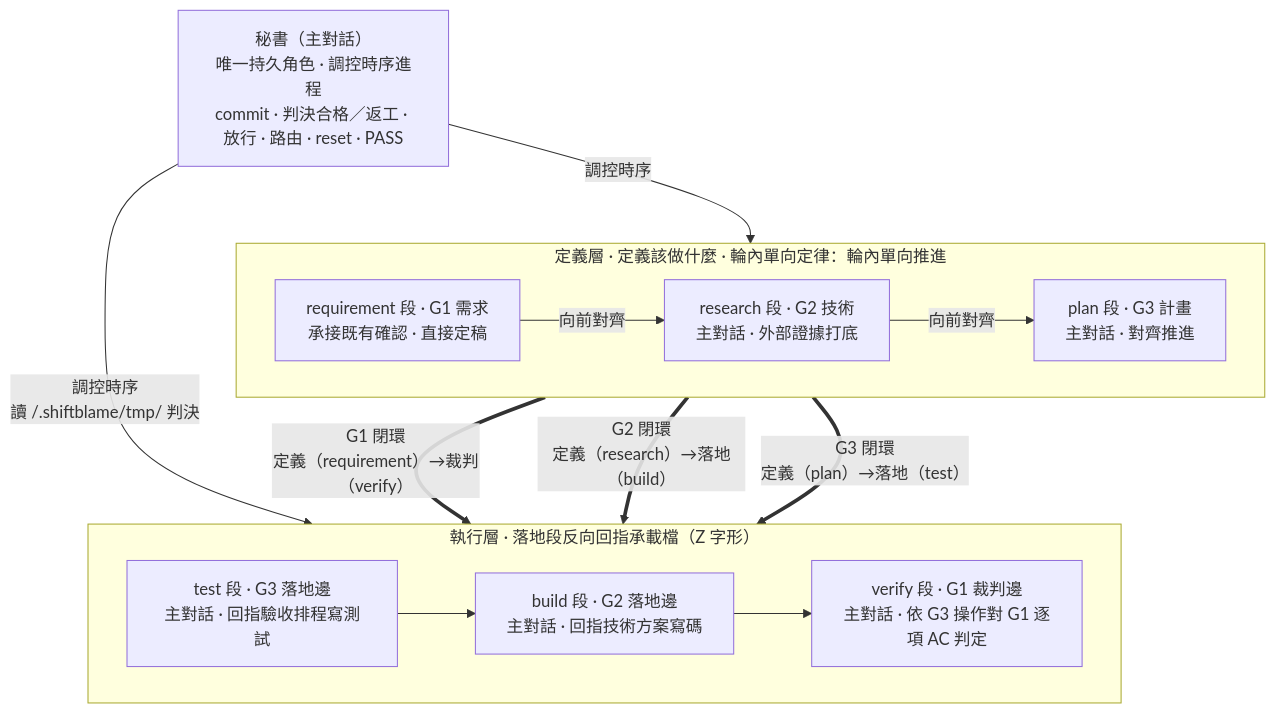
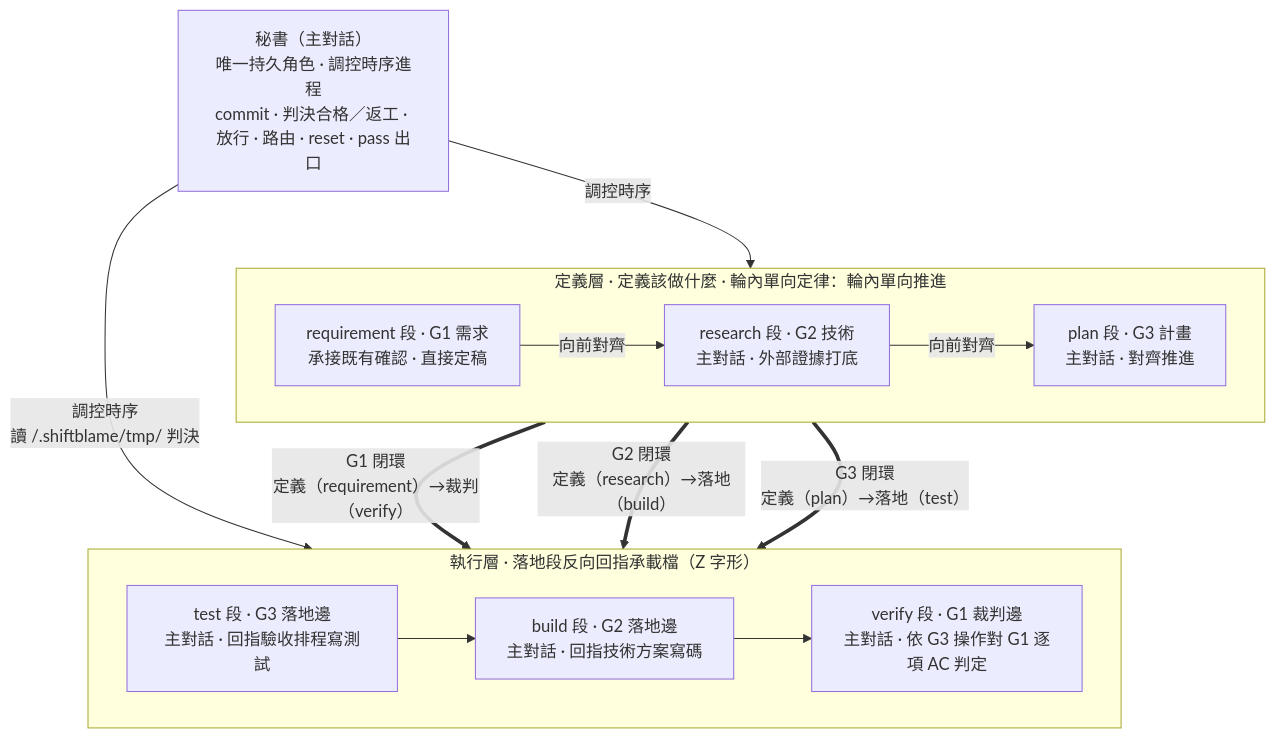
The fourth of 8 diagrams in skills/shiftblame/SKILL.md (teps3105/shiftblame), drawn with Mermaid before and after one commit. The commit also changed other lines of this file and 24 other files, not shown here.

````diff
--- a/skills/shiftblame/SKILL.md
+++ b/skills/shiftblame/SKILL.md
@@ -285,19 +294,19 @@
 ```mermaid
 flowchart TB
-    SEC["秘書（主對話）<br/>唯一持久角色 · 調控時序進程<br/>commit · 判決合格／返工 · 放行 · 路由 · reset · PASS"]
+    SEC["秘書（主對話）<br/>唯一持久角色 · 調控時序進程<br/>commit · 判決合格／返工 · 放行 · 路由 · reset · pass 出口"]
     subgraph Consult["定義層 · 定義該做什麼 · 輪內單向定律：輪內單向推進"]
         direction LR
         G1["requirement 段 · G1 需求<br/>承接既有確認 · 直接定稿"] -->|向前對齊| G2["research 段 · G2 技術<br/>主對話 · 外部證據打底"]
         G2 -->|向前對齊| G3["plan 段 · G3 計畫<br/>主對話 · 對齊推進"]
     end
     subgraph Build["執行層 · 落地段反向回指承載檔（Z 字形）"]
         direction LR
         TST["test 段 · G3 落地邊<br/>主對話 · 回指驗收排程寫測試"] --> DEV["build 段 · G2 落地邊<br/>主對話 · 回指技術方案寫碼"]
         DEV --> ACC["verify 段 · G1 裁判邊<br/>主對話 · 依 G3 操作對 G1 逐項 AC 判定"]
     end
     SEC -- 調控時序 --> Consult
     SEC -- 調控時序<br/>讀 <repo>/.shiftblame/tmp/ 判決 --> Build
     G1 == "G1 閉環<br/>定義（requirement）→裁判（verify）" ==> ACC
     G2 == "G2 閉環<br/>定義（research）→落地（build）" ==> DEV
     G3 == "G3 閉環<br/>定義（plan）→落地（test）" ==> TST
 ```
````
